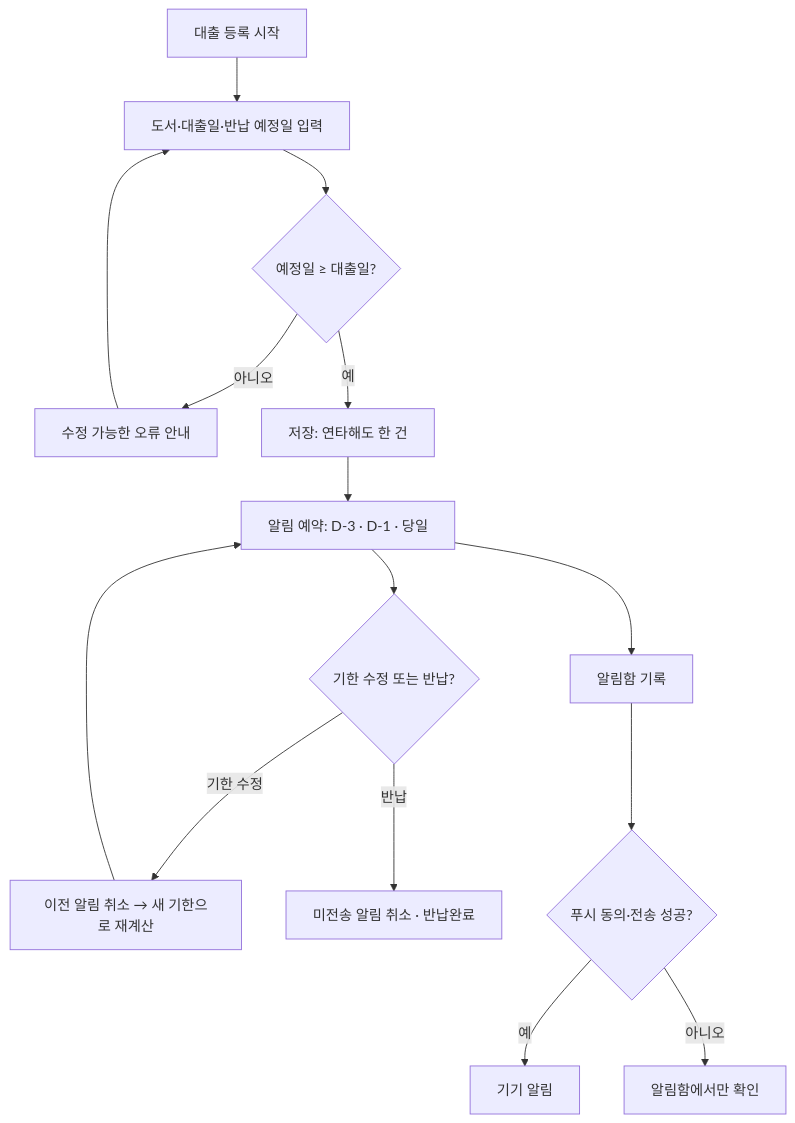
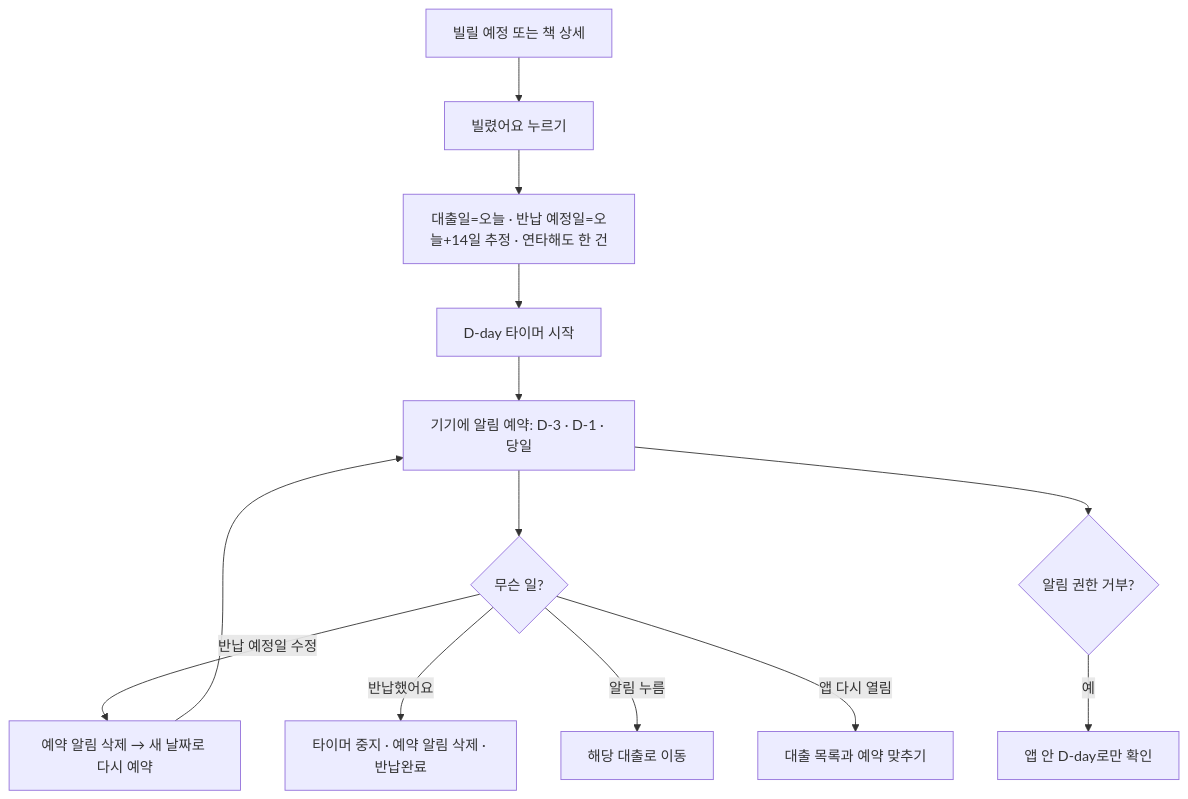
Before and after one commit to axteamc/localone: the fourth of 7 diagrams in 개발산출물/유저_플로우.md, drawn with Mermaid. The commit also changed other lines of this file and 12 other files, not shown here.

````diff
--- a/개발산출물/유저_플로우.md
+++ b/개발산출물/유저_플로우.md
@@ -47,17 +66,15 @@
 ```mermaid
 flowchart TD
-  A[대출 등록 시작] --> B[도서·대출일·반납 예정일 입력]
-  B --> C{예정일 ≥ 대출일?}
-  C -- 아니오 --> D[수정 가능한 오류 안내]
-  D --> B
-  C -- 예 --> E[저장: 연타해도 한 건]
-  E --> F[알림 예약: D-3 · D-1 · 당일]
-  F --> G{기한 수정 또는 반납?}
-  G -- 기한 수정 --> H[이전 알림 취소 → 새 기한으로 재계산]
-  H --> F
-  G -- 반납 --> I[미전송 알림 취소 · 반납완료]
-  F --> J[알림함 기록]
-  J --> K{푸시 동의·전송 성공?}
-  K -- 예 --> L[기기 알림]
-  K -- 아니오 --> M[알림함에서만 확인]
+  A[빌릴 예정 또는 책 상세] --> B[빌렸어요 누르기]
+  B --> C[대출일=오늘 · 반납 예정일=오늘+14일 추정 · 연타해도 한 건]
+  C --> D[D-day 타이머 시작]
+  D --> E[기기에 알림 예약: D-3 · D-1 · 당일]
+  E --> F{무슨 일?}
+  F -- 반납 예정일 수정 --> G[예약 알림 삭제 → 새 날짜로 다시 예약]
+  G --> E
+  F -- 반납했어요 --> H[타이머 중지 · 예약 알림 삭제 · 반납완료]
+  F -- 알림 누름 --> I[해당 대출로 이동]
+  F -- 앱 다시 열림 --> J[대출 목록과 예약 맞추기]
+  E --> K{알림 권한 거부?}
+  K -- 예 --> L[앱 안 D-day로만 확인]
 ```
````
